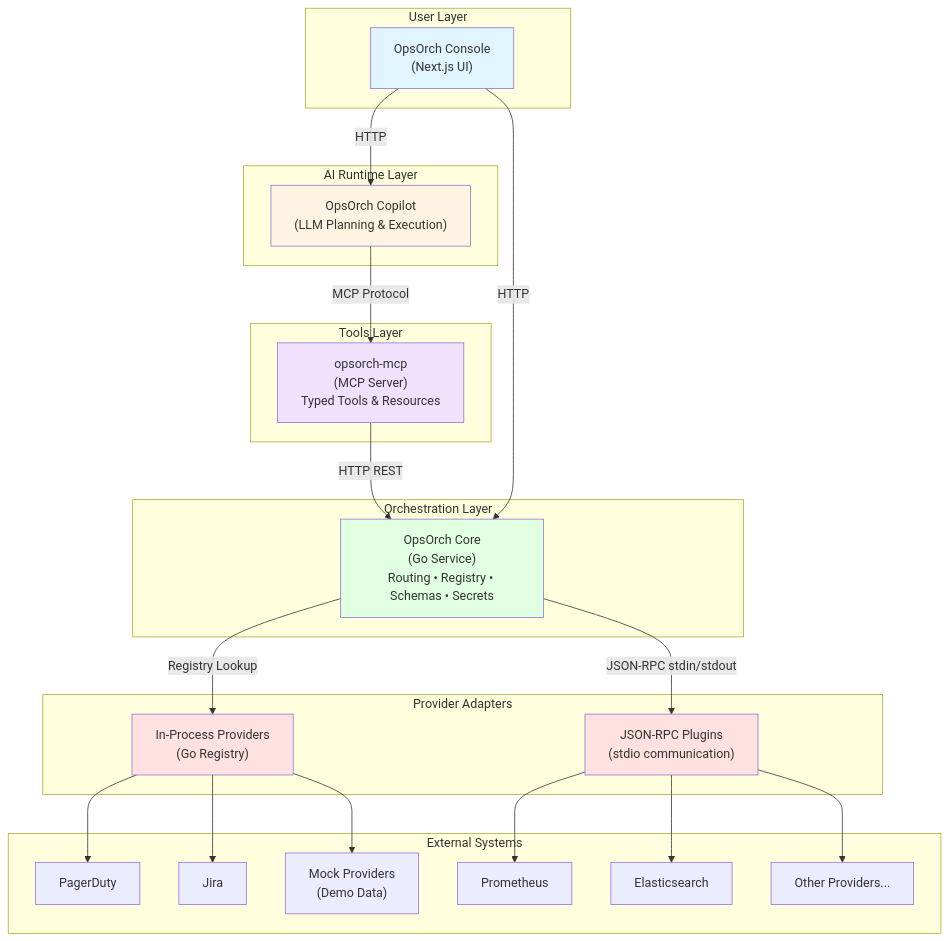
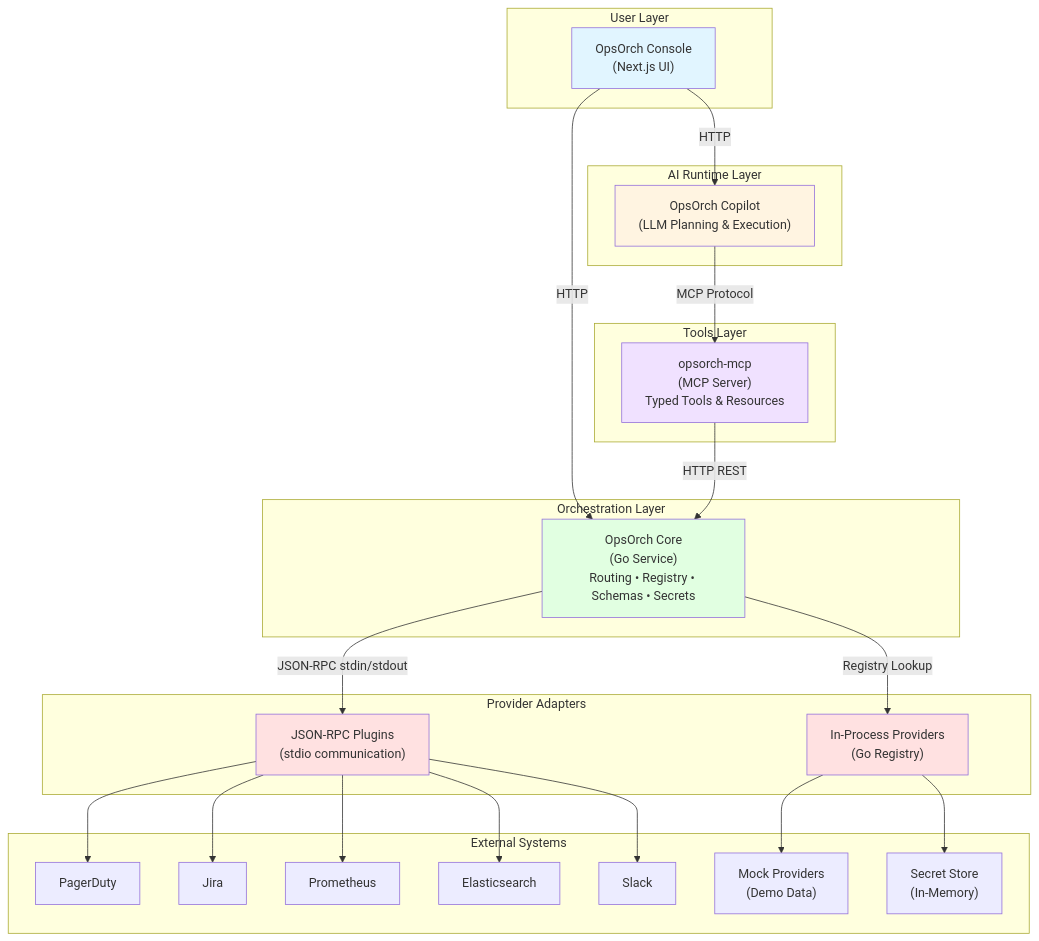
Before and after one commit to OpsOrch/.github: the diagram in profile/README.md, drawn with Mermaid. The commit also changed other lines of this file, not shown here.

````diff
--- a/profile/README.md
+++ b/profile/README.md
@@ -34,52 +35,54 @@
 ```mermaid
 graph TB
     subgraph "User Layer"
         UI["OpsOrch Console<br/>(Next.js UI)"]
     end
     
     subgraph "AI Runtime Layer"
         Copilot["OpsOrch Copilot<br/>(LLM Planning & Execution)"]
     end
     
     subgraph "Tools Layer"
         MCP["opsorch-mcp<br/>(MCP Server)<br/>Typed Tools & Resources"]
     end
     
     subgraph "Orchestration Layer"
         Core["OpsOrch Core<br/>(Go Service)<br/>Routing • Registry • Schemas • Secrets"]
     end
     
     subgraph "Provider Adapters"
         InProcess["In-Process Providers<br/>(Go Registry)"]
         Plugins["JSON-RPC Plugins<br/>(stdio communication)"]
     end
     
     subgraph "External Systems"
         PD["PagerDuty"]
         Jira["Jira"]
         Prom["Prometheus"]
         ES["Elasticsearch"]
+        Slack["Slack"]
         Mock["Mock Providers<br/>(Demo Data)"]
-        Other["Other Providers..."]
+        Secret["Secret Store<br/>(In-Memory)"]
     end
     
     UI -->|HTTP| Copilot
     UI -->|HTTP| Core
     Copilot -->|MCP Protocol| MCP
     MCP -->|HTTP REST| Core
     Core -->|Registry Lookup| InProcess
     Core -->|JSON-RPC stdin/stdout| Plugins
-    InProcess --> PD
-    InProcess --> Jira
     InProcess --> Mock
+    InProcess --> Secret
+    Plugins --> PD
+    Plugins --> Jira
     Plugins --> Prom
     Plugins --> ES
-    Plugins --> Other
+    Plugins --> Slack
     
     style UI fill:#e1f5ff
     style Copilot fill:#fff4e1
     style MCP fill:#f0e1ff
     style Core fill:#e1ffe1
     style InProcess fill:#ffe1e1
     style Plugins fill:#ffe1e1
 ```
````
